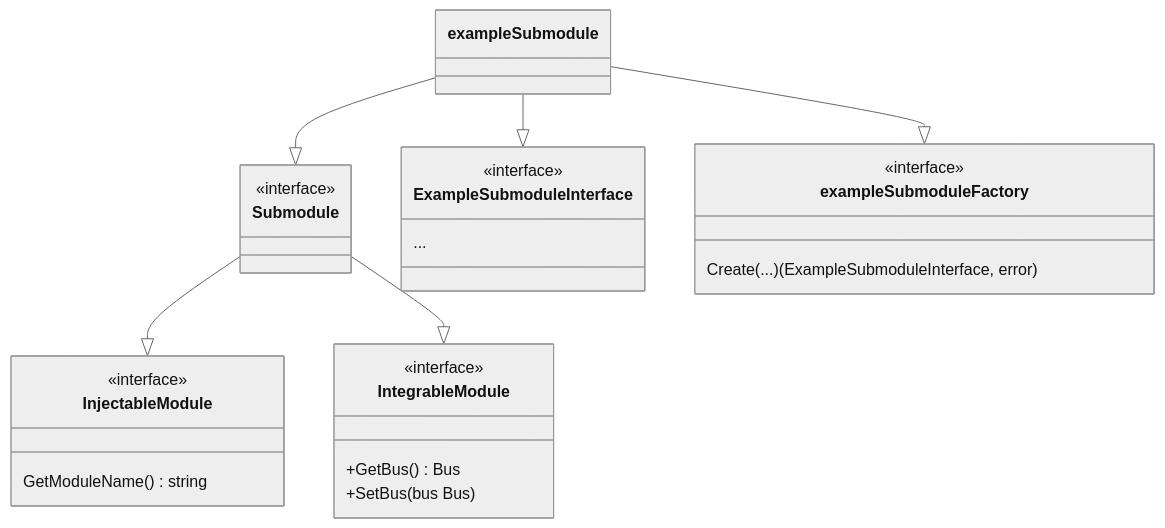
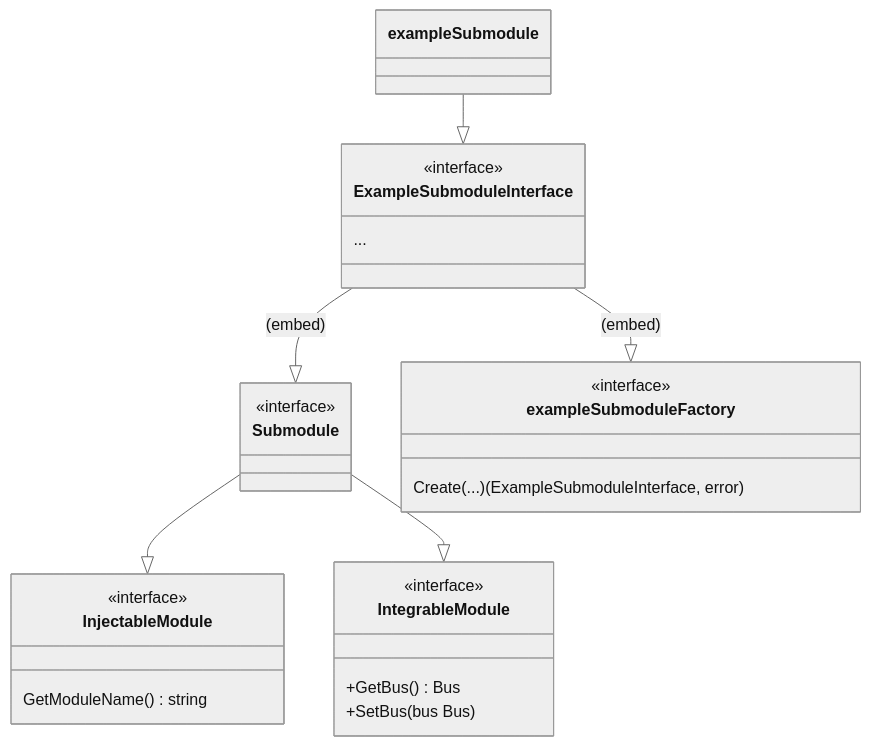
Before and after one commit to pokt-network/pocket: the second of 2 diagrams in shared/modules/doc/README.md, drawn with Mermaid (neutral theme). The commit also changed other lines of this file, not shown here.

````diff
--- a/shared/modules/doc/README.md
+++ b/shared/modules/doc/README.md
@@ -117,35 +126,36 @@
 ```mermaid
 classDiagram
 
 	class IntegrableModule {
 		<<interface>>
 		+GetBus() Bus
 		+SetBus(bus Bus)
 	}
 	class InjectableModule {
 		<<interface>>
 		GetModuleName() string
 	}
 
 	class Submodule {
 		<<interface>>
 	}
 
 	Submodule --|> InjectableModule
 	Submodule --|> IntegrableModule
 
 	class ExampleSubmoduleInterface {
 		<<interface>>
 		...
 	}
 
 	class exampleSubmodule
 	class exampleSubmoduleFactory {
 		<<interface>>
 		Create(...) (ExampleSubmoduleInterface, error)
 	}
 
-	exampleSubmodule --|> Submodule
 	exampleSubmodule --|> ExampleSubmoduleInterface
-	exampleSubmodule --|> exampleSubmoduleFactory
+	ExampleSubmoduleInterface --|> Submodule : (embed)
+	ExampleSubmoduleInterface --|> exampleSubmoduleFactory :(embed)
+%%	exampleSubmodule --|> exampleSubmoduleFactory
 ```
````
